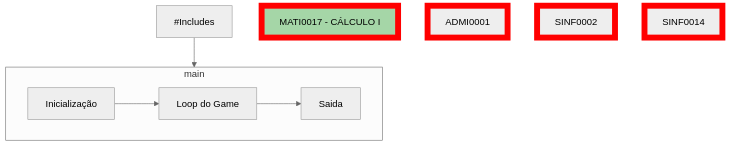
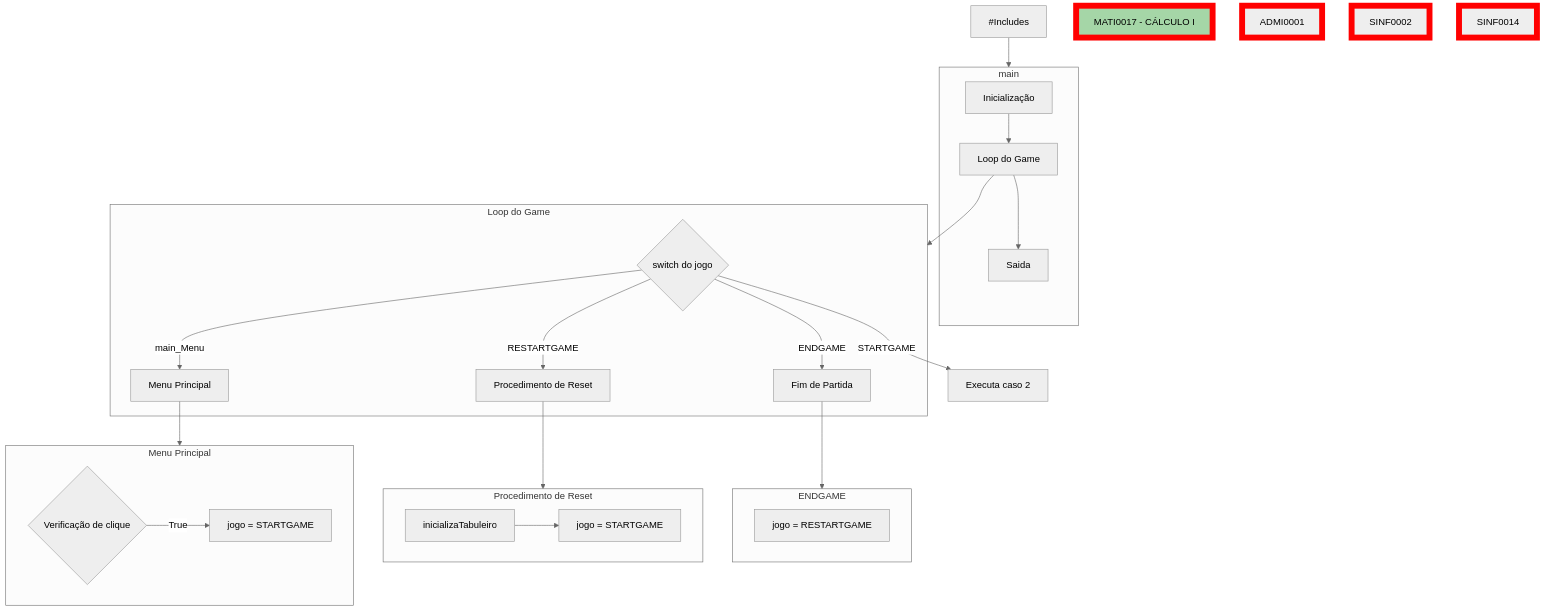
Before and after one commit to gabrieljsantos/Resta-Um: the diagram in Fruxo.md, drawn with Mermaid (neutral theme).

````diff
--- a/Fruxo.md
+++ b/Fruxo.md
@@ -1,39 +1,72 @@
 ```mermaid
 flowchart TD
     includes[#Includes] --> main
     subgraph main
-init[Inicialização] --> mainwhile[Loop do Game] --> return[Saida]
+        init[Inicialização] --> mainwhile[Loop do Game] --> return[Saida]
+    end
+        mainwhile --> mainwhile_code
+        
+        
+        main_switch -->|STARTGAME| D[Executa caso 2]
+
+
+    subgraph mainwhile_code[Loop do Game]
+
+        main_switch{switch do jogo}
+        main_switch -->|main_Menu| menu_principa[Menu Principal]
+        main_switch -->|RESTARTGAME| RESTARTGAME[Procedimento de Reset]
+        main_switch -->|ENDGAME| ENDGAME[Fim de Partida]
     end
 
+    
+    menu_principa --> menu_principa_code
+    subgraph menu_principa_code[Menu Principal]
+    if_startButton{Verificação de clique}
+    if_startButton --> |True| play_Game[jogo = STARTGAME]
+    end    
+    
+    RESTARTGAME --> RESTARTGAME_code
+    subgraph RESTARTGAME_code[Procedimento de Reset]
+    reset_tabuleiro_RESTARTGAME[inicializaTabuleiro] --> STARTGAME[jogo = STARTGAME]
+    end
+
+    ENDGAME --> ENDGAME_code
+    subgraph ENDGAME_code[ENDGAME]
+        STARTGAME_ENDGAME[jogo = RESTARTGAME]
+    end
+
+
+    
 
   %% Separação Por Niveis:
   
   MATI0017:::N1
   ADMI0001:::N1
   SINF0002:::N1
   SINF0014:::N1
+
 
 
 
 
   %% ==== N1 ====
   MATI0017[MATI0017 - CÁLCULO I]:::done
 
 
 
   classDef done fill:#A5D6A7,color:#000;       %% Verde pastel, texto preto
   classDef available fill:#90CAF9,color:#000;  %% Azul pastel, texto preto
   classDef active fill:#EF9A9A,color:#000;     %% Vermelho pastel, texto preto
 
 
   %% Classes de cores dos níveis
   classDef N1 stroke:#FF0000,stroke-width:10px,color:#000;
   classDef N2 stroke:#EAFF00,stroke-width:10px,color:#000;
   classDef N3 stroke:#00074A,stroke-width:10px,color:#000;
   classDef N4 stroke:#00EEFF,stroke-width:10px,color:#000;
   classDef N5 stroke:#0004FF,stroke-width:10px,color:#000;
   classDef N6 stroke:#F700FF,stroke-width:10px,color:#000;
   classDef N7 stroke:#7D0000,stroke-width:10px,color:#000;
   classDef N8 stroke:#00FF1A,stroke-width:10px,color:#000;
   classDef N9 stroke:#000000,stroke-width:10px,color:#000;
 ```
````
